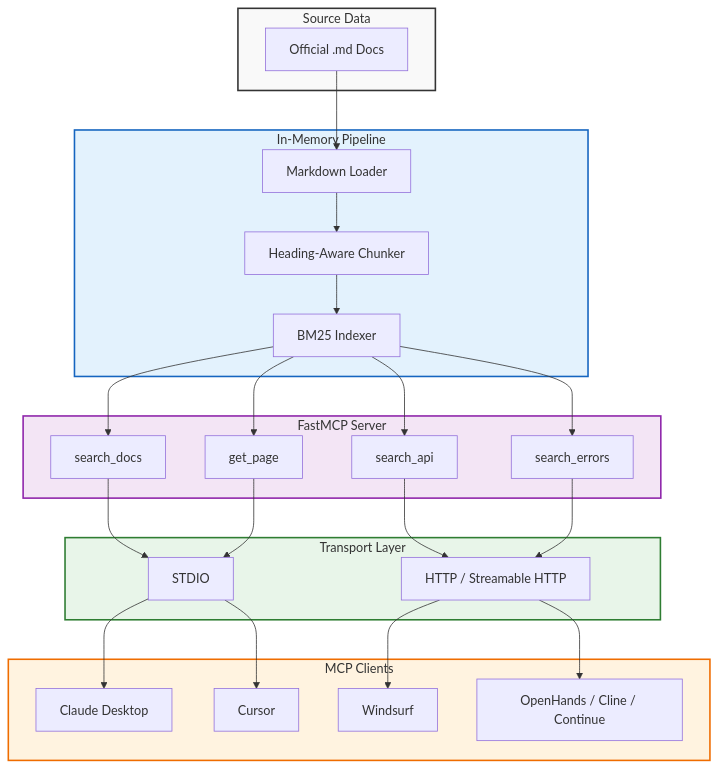
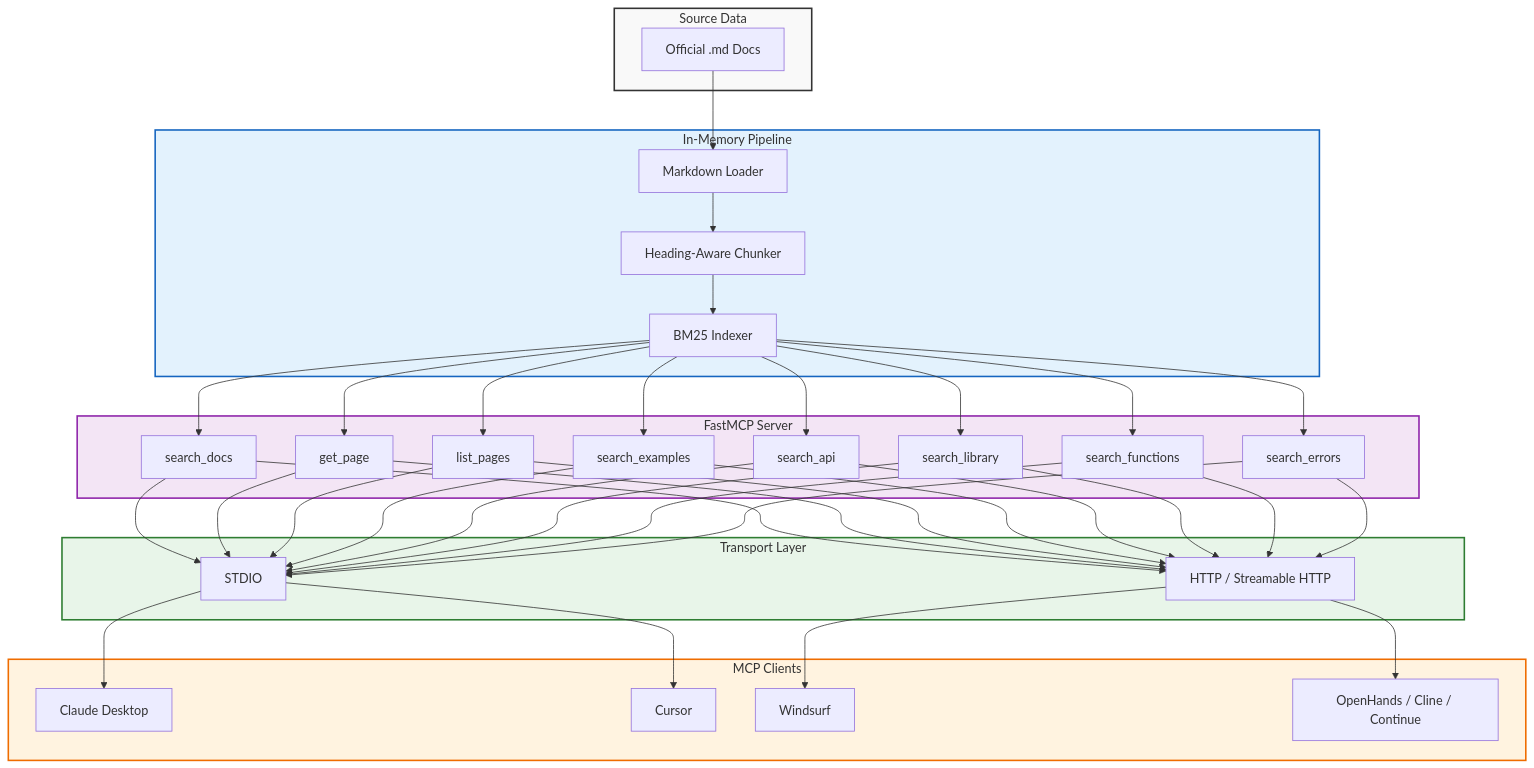
Before and after one commit to harshi79/telebotstudio-mcp: the first of 3 diagrams in README.md, drawn with Mermaid. The commit also changed other lines of this file and 10 other files, not shown here.

````diff
--- a/README.md
+++ b/README.md
@@ -124,52 +102,72 @@
 ```mermaid
 graph TD
     subgraph Data["Source Data"]
         D[Official .md Docs]
     end
 
     subgraph Pipeline["In-Memory Pipeline"]
         L[Markdown Loader] --> C[Heading-Aware Chunker]
         C --> I[BM25 Indexer]
     end
 
     subgraph Server["FastMCP Server"]
         T1[search_docs]
         T2[get_page]
-        T3[search_api]
-        T4[search_errors]
+        T3[list_pages]
+        T4[search_examples]
+        T5[search_api]
+        T6[search_library]
+        T7[search_functions]
+        T8[search_errors]
     end
 
     subgraph Transport["Transport Layer"]
         STD[STDIO]
         HTTP[HTTP / Streamable HTTP]
     end
 
     subgraph Clients["MCP Clients"]
         Claude[Claude Desktop]
         Cur[Cursor]
         Wind[Windsurf]
         Other[OpenHands / Cline / Continue]
     end
 
     D --> L
     I --> T1
     I --> T2
     I --> T3
     I --> T4
-    
+    I --> T5
+    I --> T6
+    I --> T7
+    I --> T8
+
     T1 --> STD
     T2 --> STD
+    T3 --> STD
+    T4 --> STD
+    T5 --> STD
+    T6 --> STD
+    T7 --> STD
+    T8 --> STD
+    T1 --> HTTP
+    T2 --> HTTP
     T3 --> HTTP
     T4 --> HTTP
-    
+    T5 --> HTTP
+    T6 --> HTTP
+    T7 --> HTTP
+    T8 --> HTTP
+
     STD --> Claude
     STD --> Cur
     HTTP --> Wind
     HTTP --> Other
 
     style Data fill:#f9f9f9,stroke:#333,stroke-width:2px
     style Pipeline fill:#e3f2fd,stroke:#1565c0,stroke-width:2px
     style Server fill:#f3e5f5,stroke:#8e24aa,stroke-width:2px
     style Transport fill:#e8f5e9,stroke:#2e7d32,stroke-width:2px
     style Clients fill:#fff3e0,stroke:#ef6c00,stroke-width:2px
 ```
````
